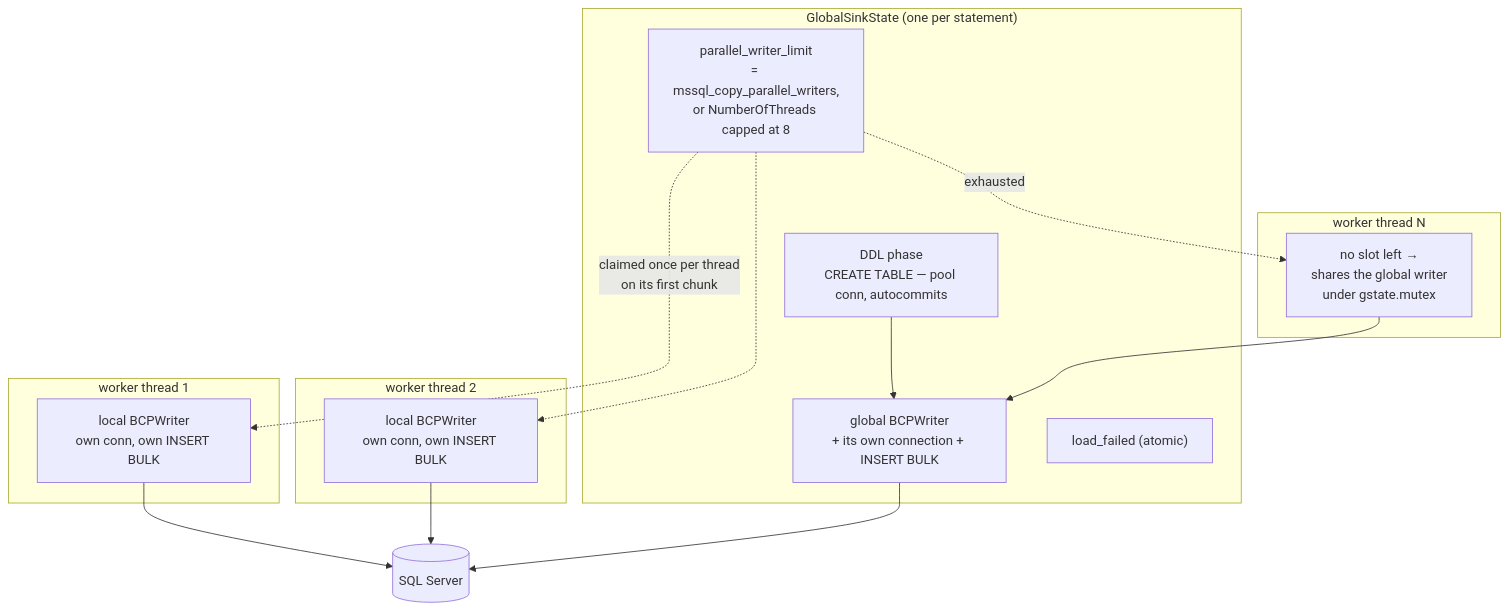
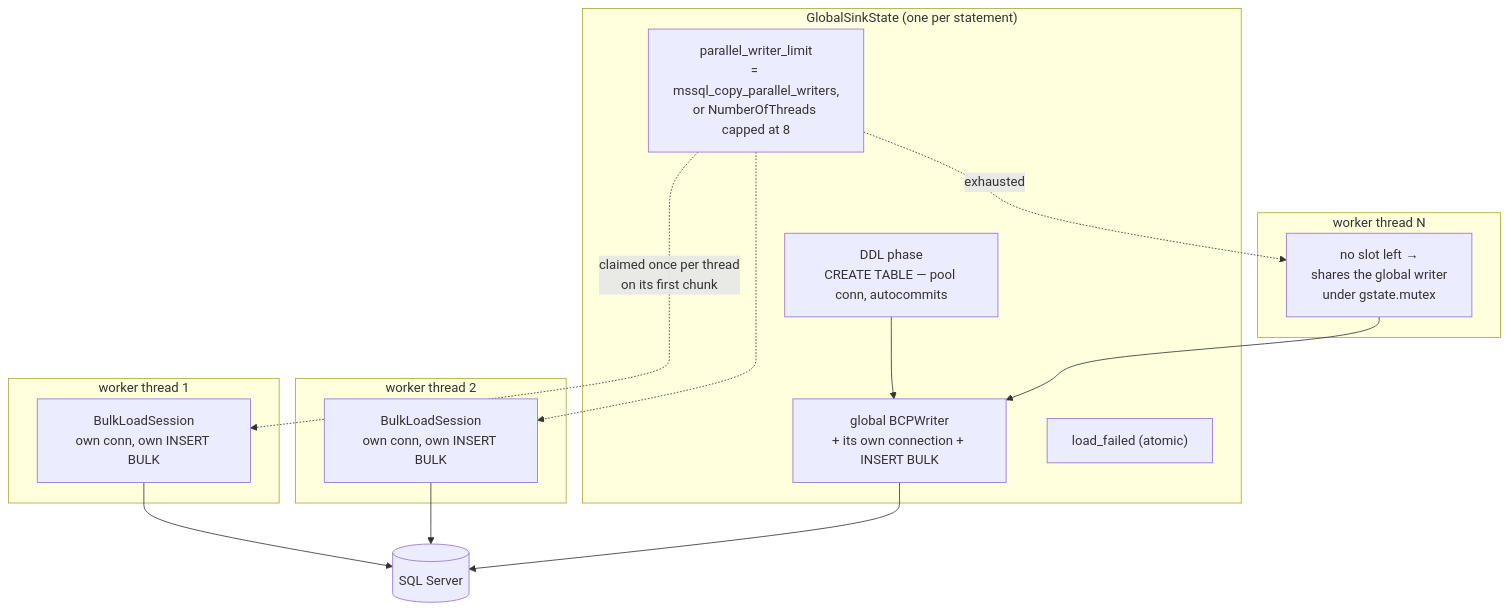
Before and after one commit to hugr-lab/mssql-extension: diagram 12 of 13 in DATAMODEL.md, drawn with Mermaid. The commit also changed other lines of this file and 3 other files, not shown here.

````diff
--- a/DATAMODEL.md
+++ b/DATAMODEL.md
@@ -471,26 +521,26 @@
 ```mermaid
 flowchart TD
     subgraph GS["GlobalSinkState (one per statement)"]
         ddl["DDL phase<br/>CREATE TABLE — pool conn, autocommits"]
         gw["global BCPWriter<br/>+ its own connection + INSERT BULK"]
         lim["parallel_writer_limit<br/>= mssql_copy_parallel_writers,<br/>or NumberOfThreads capped at 8"]
         failed["load_failed (atomic)"]
     end
     subgraph T1["worker thread 1"]
-        lw1["local BCPWriter<br/>own conn, own INSERT BULK"]
+        lw1["BulkLoadSession<br/>own conn, own INSERT BULK"]
     end
     subgraph T2["worker thread 2"]
-        lw2["local BCPWriter<br/>own conn, own INSERT BULK"]
+        lw2["BulkLoadSession<br/>own conn, own INSERT BULK"]
     end
     subgraph T3["worker thread N"]
         shared["no slot left →<br/>shares the global writer<br/>under gstate.mutex"]
     end
     ddl --> gw
     lim -.claimed once per thread<br/>on its first chunk.-> lw1
     lim -.-> lw2
     lim -.exhausted.-> shared
     lw1 --> srv[(SQL Server)]
     lw2 --> srv
     gw --> srv
     shared --> gw
 ```
````
